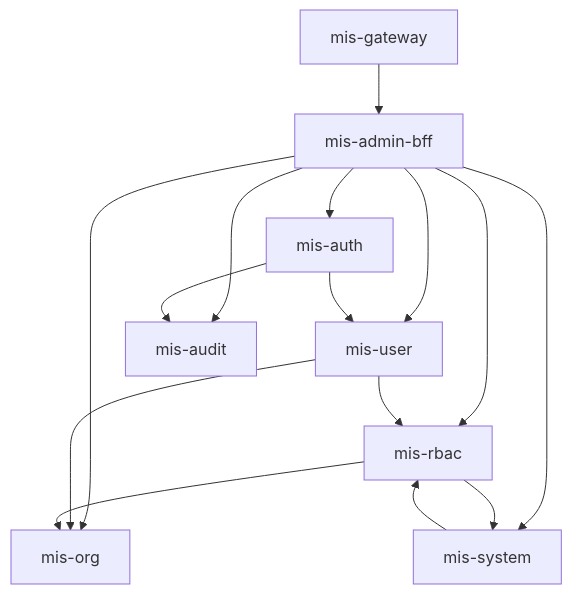
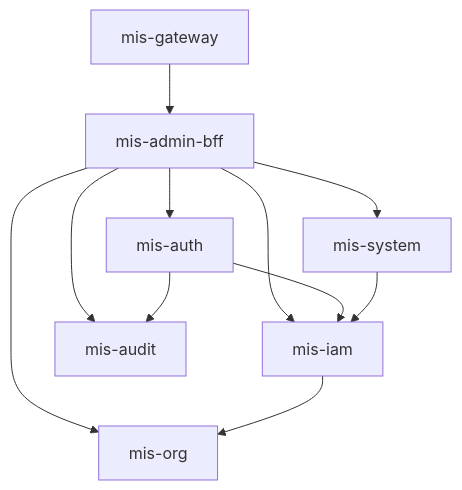
Before and after one commit to 13961588612/mis-platform: the diagram in docs/backend/microservices.md, drawn with Mermaid. The commit also changed other lines of this file and 30 other files, not shown here.

Commit message:
模块整理 mis-org+mis-user->mis-org mis-rabs->mis-iam  mis-api->mis-system

````diff
--- a/docs/backend/microservices.md
+++ b/docs/backend/microservices.md
@@ -21,18 +22,14 @@
 ```mermaid
 flowchart TD
     GW[mis-gateway] --> BFF[mis-admin-bff]
     BFF --> Auth[mis-auth]
-    BFF --> User[mis-user]
+    BFF --> IAM[mis-iam]
     BFF --> Org[mis-org]
-    BFF --> RBAC[mis-rbac]
     BFF --> System[mis-system]
     BFF --> Audit[mis-audit]
 
-    Auth --> User
+    Auth --> IAM
     Auth --> Audit
-    User --> Org
-    User --> RBAC
-    RBAC --> System
-    RBAC --> Org
-    System --> RBAC
+    IAM --> Org
+    System --> IAM
 ```
````
